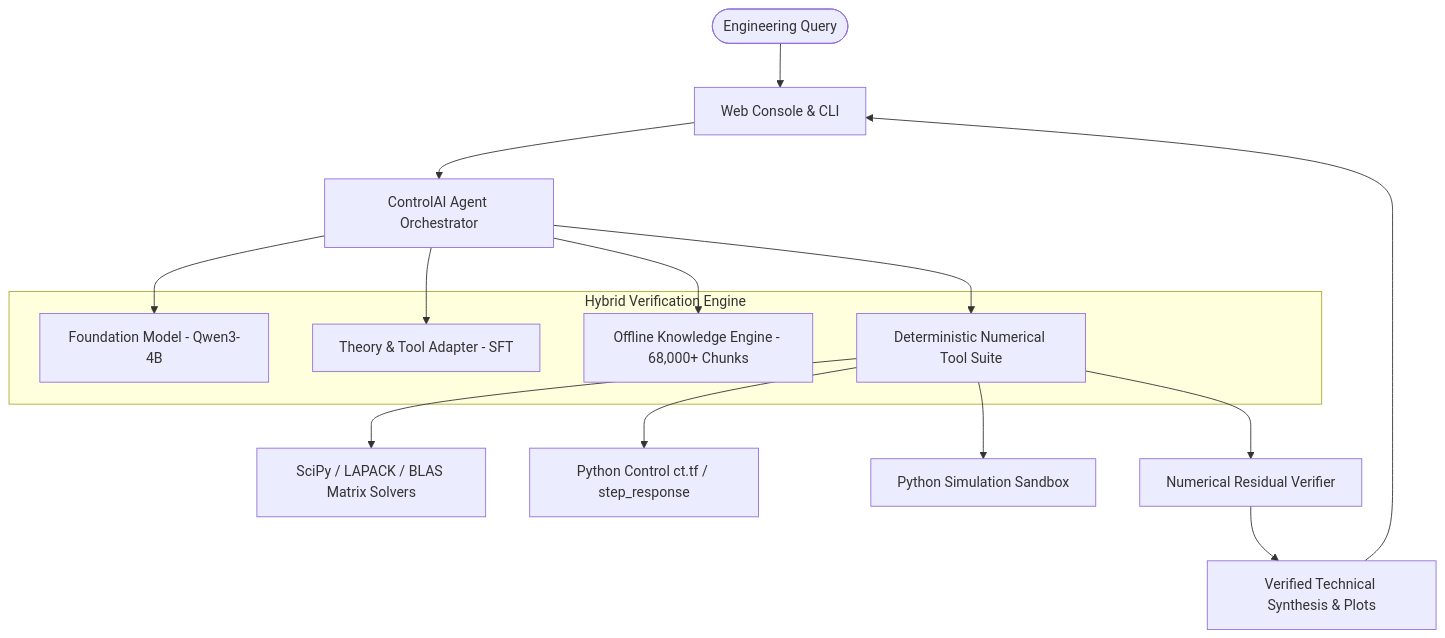
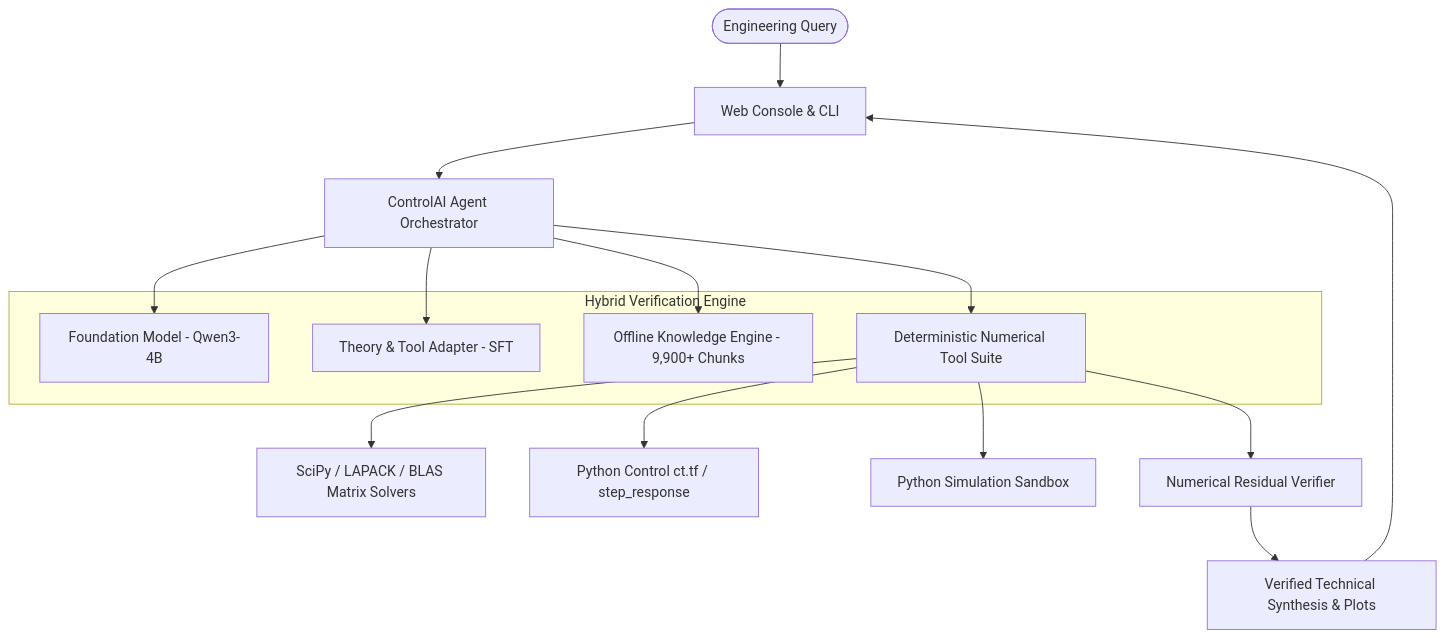
Before and after one commit to atakankahya/controlai-agent: the diagram in README.md, drawn with Mermaid. The commit also changed other lines of this file and 2 other files, not shown here.

````diff
--- a/README.md
+++ b/README.md
@@ -59,25 +59,25 @@
 ```mermaid
 graph TD
     User([Engineering Query]) --> WebApp[Web Console & CLI]
     WebApp --> Orchestrator[ControlAI Agent Orchestrator]
     
     subgraph Core Engine [Hybrid Verification Engine]
         Brain[Foundation Model - Qwen3-4B]
         LoRA[Theory & Tool Adapter - SFT]
-        RAG[Offline Knowledge Engine - 68,000+ Chunks]
+        RAG[Offline Knowledge Engine - 9,900+ Chunks]
         Tools[Deterministic Numerical Tool Suite]
     end
     
     Orchestrator --> Brain
     Orchestrator --> LoRA
     Orchestrator --> RAG
     Orchestrator --> Tools
     
     Tools --> SciPy[SciPy / LAPACK / BLAS Matrix Solvers]
     Tools --> PythonControl[Python Control ct.tf / step_response]
     Tools --> PyExecutor[Python Simulation Sandbox]
     Tools --> Verifier[Numerical Residual Verifier]
     
     Verifier --> FinalResponse[Verified Technical Synthesis & Plots]
     FinalResponse --> WebApp
 ```
````
